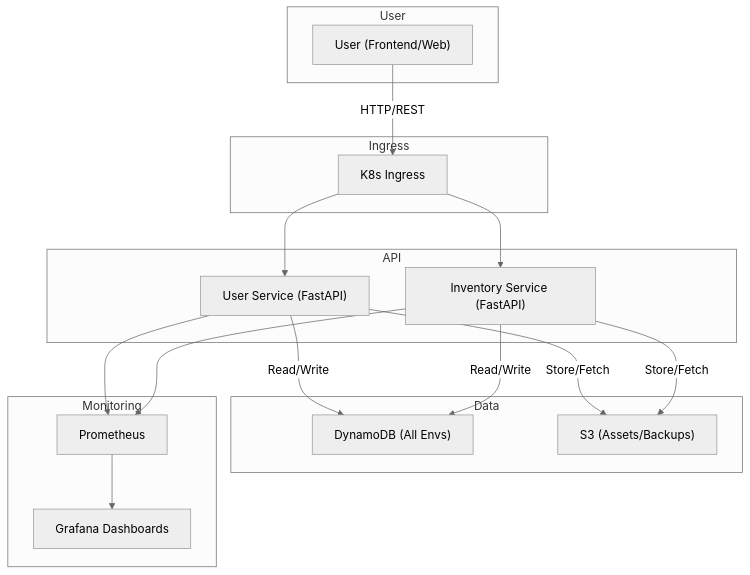
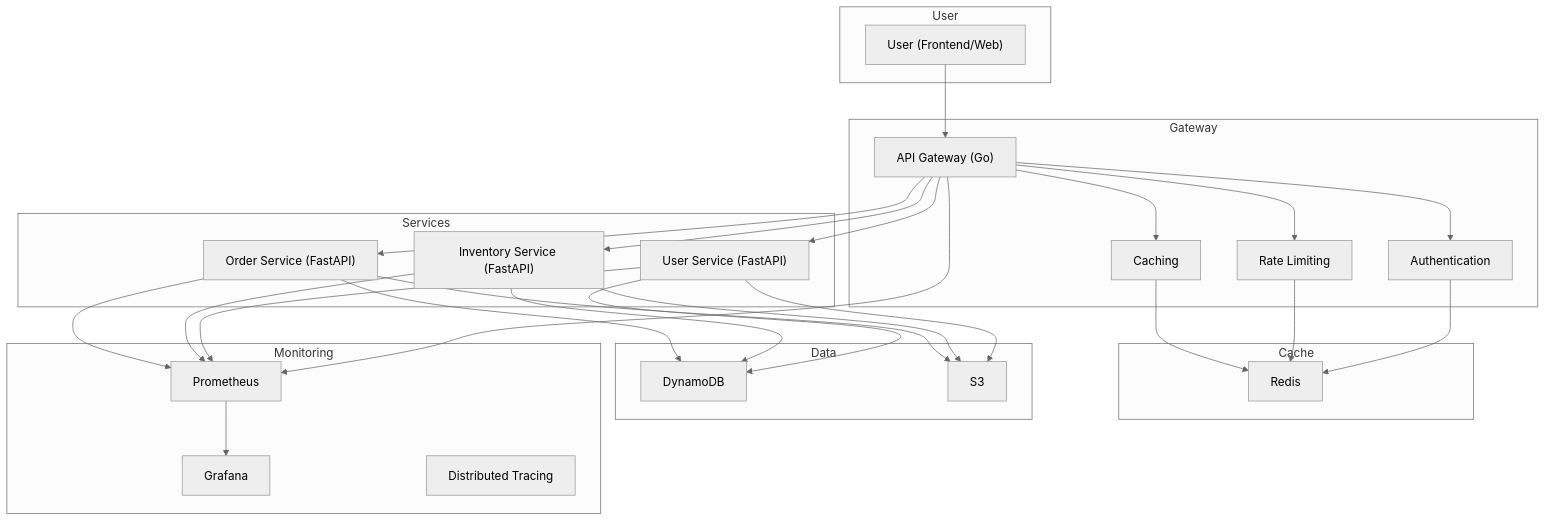
Before and after one commit to yifeng2019uwb/cloud-native-order-processor: the diagram in README.md, drawn with Mermaid (neutral theme). The commit also changed other lines of this file, not shown here.

Commit message:
update readme by add gatewa and redis

````diff
--- a/README.md
+++ b/README.md
@@ -45,31 +66,51 @@
 ```mermaid
 flowchart TD
   subgraph User
     A["User (Frontend/Web)"]
   end
-  subgraph Ingress
-    X["K8s Ingress"]
+  subgraph Gateway
+    B["API Gateway (Go)"]
+    C["Authentication"]
+    D["Rate Limiting"]
+    E["Caching"]
   end
-  subgraph API
-    C["User Service (FastAPI)"]
-    D["Inventory Service (FastAPI)"]
+  subgraph Cache
+    F["Redis"]
+  end
+  subgraph Services
+    G["User Service (FastAPI)"]
+    H["Inventory Service (FastAPI)"]
+    I["Order Service (FastAPI)"]
   end
   subgraph Data
-    E["DynamoDB (All Envs)"]
-    F["S3 (Assets/Backups)"]
+    J["DynamoDB"]
+    K["S3"]
   end
   subgraph Monitoring
-    P["Prometheus"]
-    G["Grafana Dashboards"]
+    L["Prometheus"]
+    M["Grafana"]
+    N["Distributed Tracing"]
   end
-  A -->|HTTP/REST| X
-  X --> C
-  X --> D
-  C -->|Read/Write| E
-  D -->|Read/Write| E
-  C -->|Store/Fetch| F
-  D -->|Store/Fetch| F
-  C --> P
-  D --> P
-  P --> G
+
+  A --> B
+  B --> C
+  B --> D
+  B --> E
+  C --> F
+  D --> F
+  E --> F
+  B --> G
+  B --> H
+  B --> I
+  G --> J
+  H --> J
+  I --> J
+  G --> K
+  H --> K
+  I --> K
+  B --> L
+  G --> L
+  H --> L
+  I --> L
+  L --> M
 ```
````
